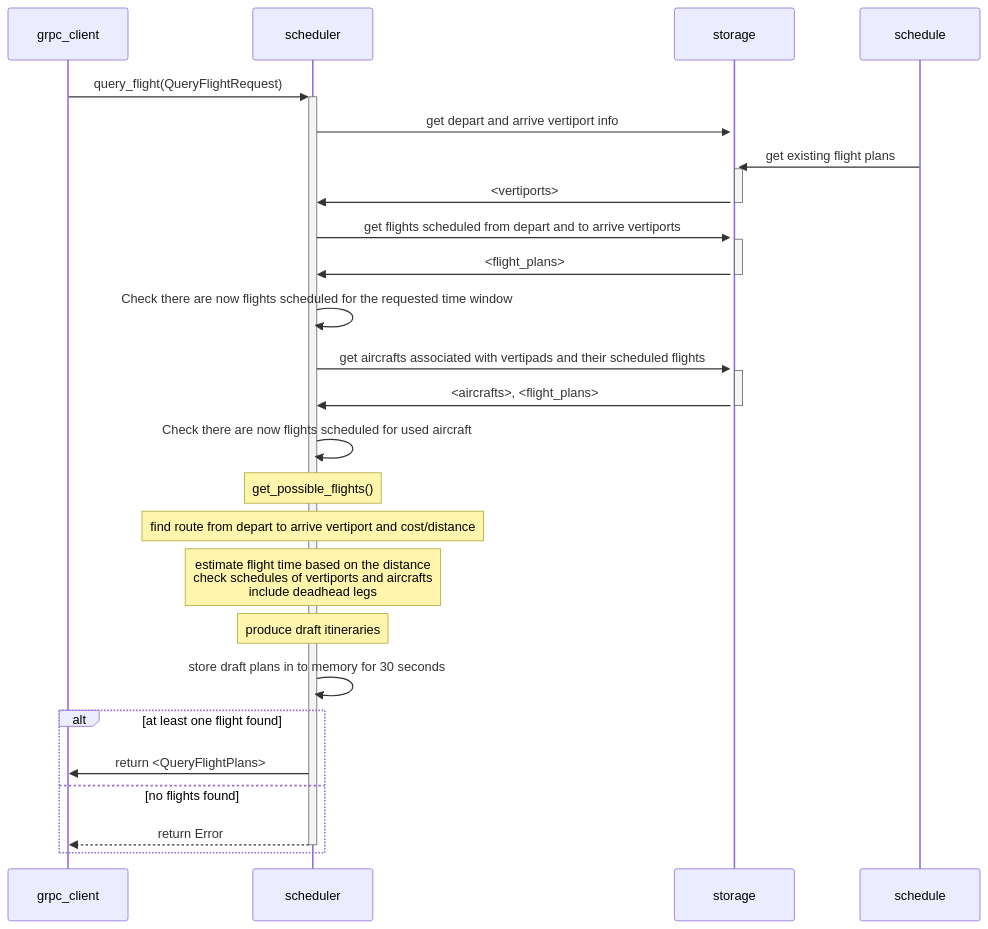
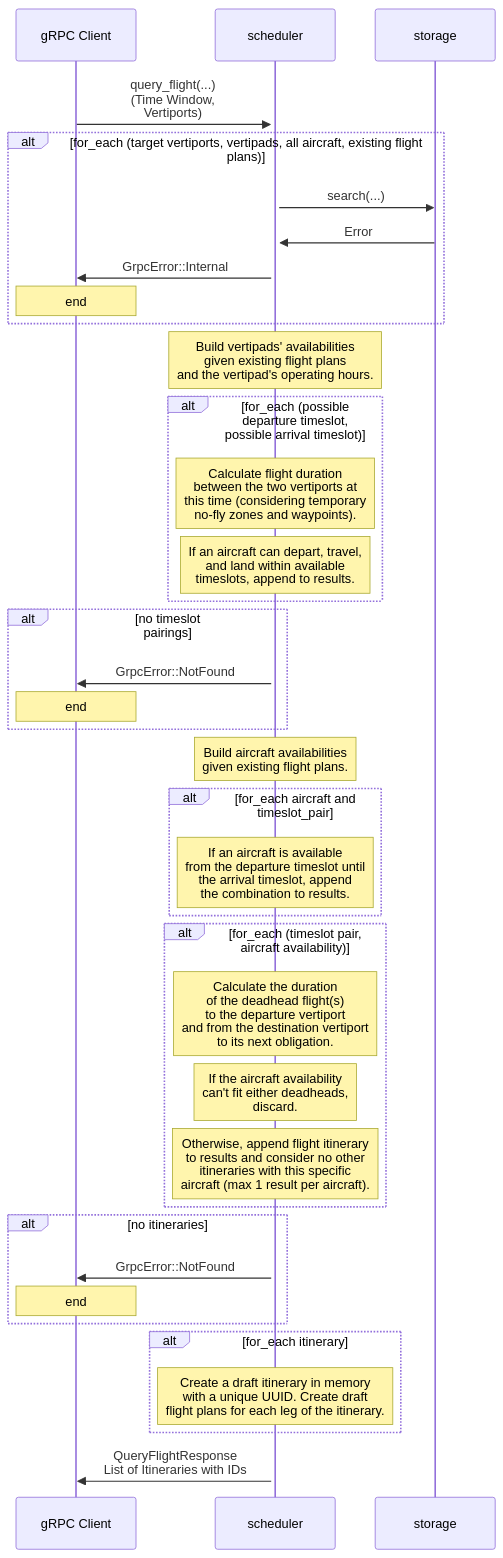
The first of 3 diagrams in docs/sdd.md (aetheric-oss/svc-scheduler), drawn with Mermaid before and after one commit. The commit also changed other lines of this file and 3 other files, not shown here.

````diff
--- a/docs/sdd.md
+++ b/docs/sdd.md
@@ -71,23 +71,48 @@
 ```mermaid
 sequenceDiagram
-    grpc_client->>+scheduler: query_flight(QueryFlightRequest)
-    scheduler->>+storage: get depart and arrive vertiport info
-    schedule->>+storage: get existing flight plans
-    storage->>-scheduler: <vertiports>
-    scheduler->>+storage: get flights scheduled from depart and to arrive vertiports
-    storage->>-scheduler: <flight_plans>
-    scheduler->>scheduler: Check there are now flights scheduled for the requested time window
-    scheduler->>+storage: get aircrafts associated with vertipads and their scheduled flights
-    storage->>-scheduler: <aircrafts>, <flight_plans>
-    scheduler->>scheduler: Check there are now flights scheduled for used aircraft
-    Note over scheduler: get_possible_flights()
-    Note over scheduler: find route from depart to arrive vertiport and cost/distance
-    Note over scheduler: estimate flight time based on the distance<br>check schedules of vertiports and aircrafts<br>include deadhead legs
-    Note over scheduler: produce draft itineraries
-    scheduler->>scheduler: store draft plans in to memory for 30 seconds
-    alt at least one flight found
-        scheduler->>grpc_client: return <QueryFlightPlans>
-    else no flights found
-        scheduler-->>-grpc_client: return Error
+    participant client as gRPC Client
+
+    client->>+scheduler: query_flight(...)<br>(Time Window,<br>Vertiports)
+    alt for_each (target vertiports, vertipads, all aircraft, existing flight plans)
+        scheduler->>storage: search(...)
+        storage->>scheduler: Error
+        scheduler->>client: GrpcError::Internal
+        Note over client: end
     end
+    
+    Note over scheduler: Build vertipads' availabilities<br>given existing flight plans<br>and the vertipad's operating hours.
+    
+    alt for_each (possible departure timeslot, possible arrival timeslot)
+        Note over scheduler: Calculate flight duration <br>between the two vertiports at<br>this time (considering temporary<br>no-fly zones and waypoints).
+        Note over scheduler: If an aircraft can depart, travel,<br>and land within available<br>timeslots, append to results.
+    end
+
+    alt no timeslot pairings
+        scheduler->>client: GrpcError::NotFound
+        Note over client: end
+    end
+
+    Note over scheduler: Build aircraft availabilities<br>given existing flight plans.
+
+    alt for_each aircraft and timeslot_pair
+        Note over scheduler: If an aircraft is available<br>from the departure timeslot until<br>the arrival timeslot, append<br>the combination to results.
+    end
+
+    alt for_each (timeslot pair, aircraft availability)
+        Note over scheduler: Calculate the duration<br> of the deadhead flight(s)<br>to the departure vertiport<br>and from the destination vertiport<br>to its next obligation.
+        Note over scheduler: If the aircraft availability<br>can't fit either deadheads,<br> discard.
+        Note over scheduler: Otherwise, append flight itinerary<br>to results and consider no other<br>itineraries with this specific<br>aircraft (max 1 result per aircraft).
+    end
+
+    alt no itineraries
+        scheduler->>client: GrpcError::NotFound
+        Note over client: end
+    end
+
+    alt for_each itinerary
+        Note over scheduler: Create a draft itinerary in memory<br>with a unique UUID. Create draft<br>flight plans for each leg of the itinerary.
+    end
+
+    scheduler->>client: QueryFlightResponse<br>List of Itineraries with IDs
+
 ```
````
